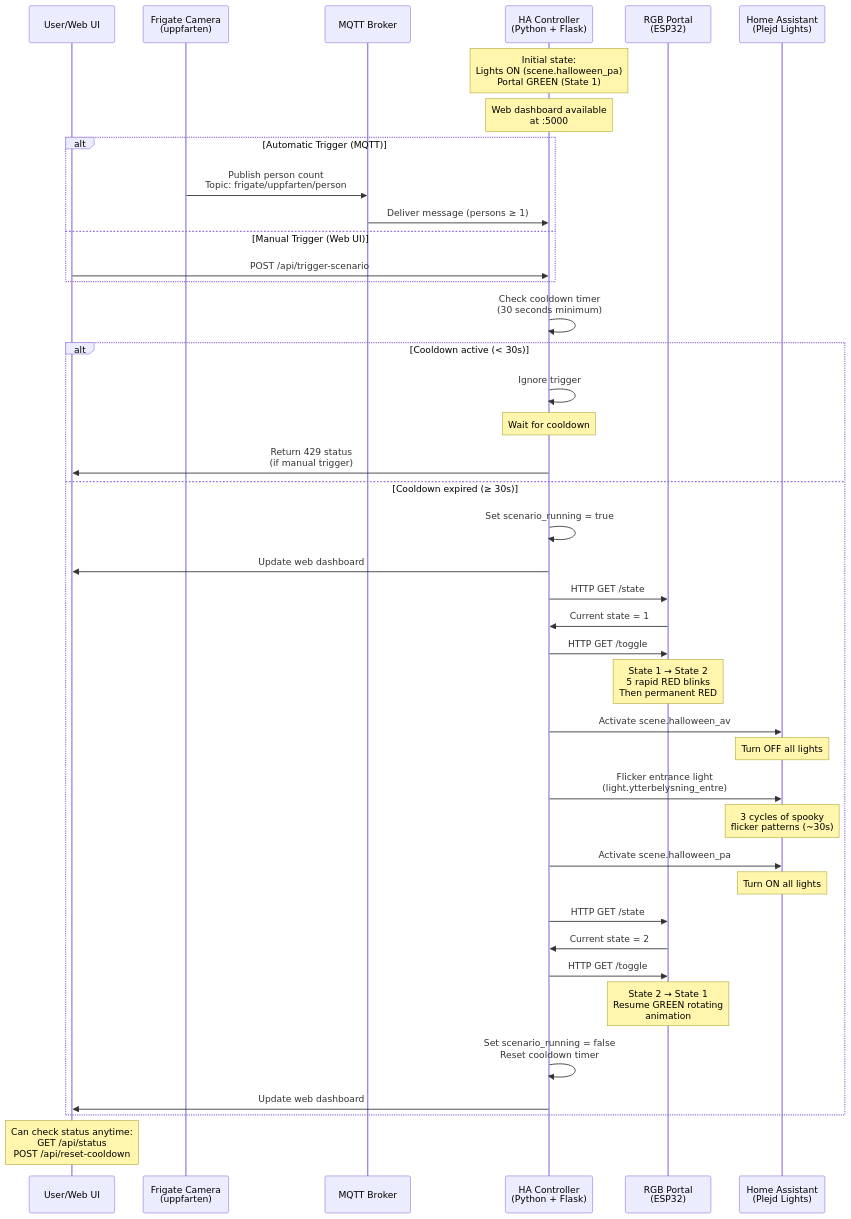
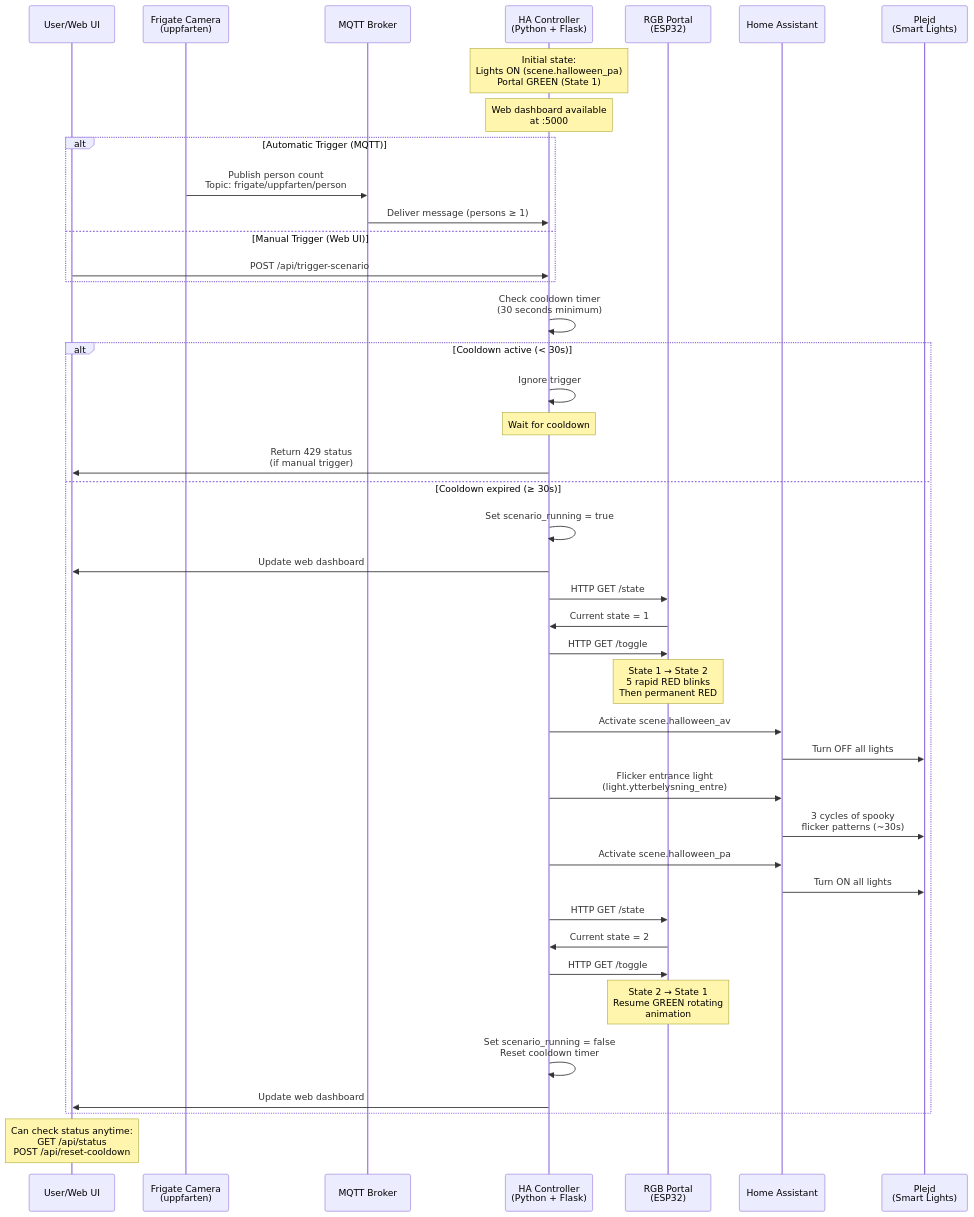
One commit to sandnabba/halloween_handler changed the second of 2 diagrams in ARCHITECTURE.md. Above: the diagram before and after it, drawn with Mermaid. The commit also changed other lines of this file and 12 other files, not shown here.

````diff
--- a/ARCHITECTURE.md
+++ b/ARCHITECTURE.md
@@ -47,54 +52,55 @@
 ```mermaid
 sequenceDiagram
     participant User as User/Web UI
     participant Camera as Frigate Camera<br/>(uppfarten)
     participant MQTT as MQTT Broker
     participant Controller as HA Controller<br/>(Python + Flask)
     participant Portal as RGB Portal<br/>(ESP32)
-    participant HA as Home Assistant<br/>(Plejd Lights)
+    participant HA as Home Assistant
+    participant Plejd as Plejd<br/>(Smart Lights)
     
     Note over Controller: Initial state:<br/>Lights ON (scene.halloween_pa)<br/>Portal GREEN (State 1)
     Note over Controller: Web dashboard available<br/>at :5000
     
     alt Automatic Trigger (MQTT)
         Camera->>MQTT: Publish person count<br/>Topic: frigate/uppfarten/person
         MQTT->>Controller: Deliver message (persons ≥ 1)
     else Manual Trigger (Web UI)
         User->>Controller: POST /api/trigger-scenario
     end
     
     Controller->>Controller: Check cooldown timer<br/>(30 seconds minimum)
     
     alt Cooldown active (< 30s)
         Controller->>Controller: Ignore trigger
         Note over Controller: Wait for cooldown
         Controller->>User: Return 429 status<br/>(if manual trigger)
     else Cooldown expired (≥ 30s)
         Controller->>Controller: Set scenario_running = true
         Controller->>User: Update web dashboard
         
         Controller->>Portal: HTTP GET /state
         Portal->>Controller: Current state = 1
         Controller->>Portal: HTTP GET /toggle
         Note over Portal: State 1 → State 2<br/>5 rapid RED blinks<br/>Then permanent RED
         
         Controller->>HA: Activate scene.halloween_av
-        Note over HA: Turn OFF all lights
+        HA->>Plejd: Turn OFF all lights
         
         Controller->>HA: Flicker entrance light<br/>(light.ytterbelysning_entre)
-        Note over HA: 3 cycles of spooky<br/>flicker patterns (~30s)
+        HA->>Plejd: 3 cycles of spooky<br/>flicker patterns (~30s)
         
         Controller->>HA: Activate scene.halloween_pa
-        Note over HA: Turn ON all lights
+        HA->>Plejd: Turn ON all lights
         
         Controller->>Portal: HTTP GET /state
         Portal->>Controller: Current state = 2
         Controller->>Portal: HTTP GET /toggle
         Note over Portal: State 2 → State 1<br/>Resume GREEN rotating<br/>animation
         
         Controller->>Controller: Set scenario_running = false<br/>Reset cooldown timer
         Controller->>User: Update web dashboard
     end
     
     Note over User: Can check status anytime:<br/>GET /api/status<br/>POST /api/reset-cooldown
 ```
````
